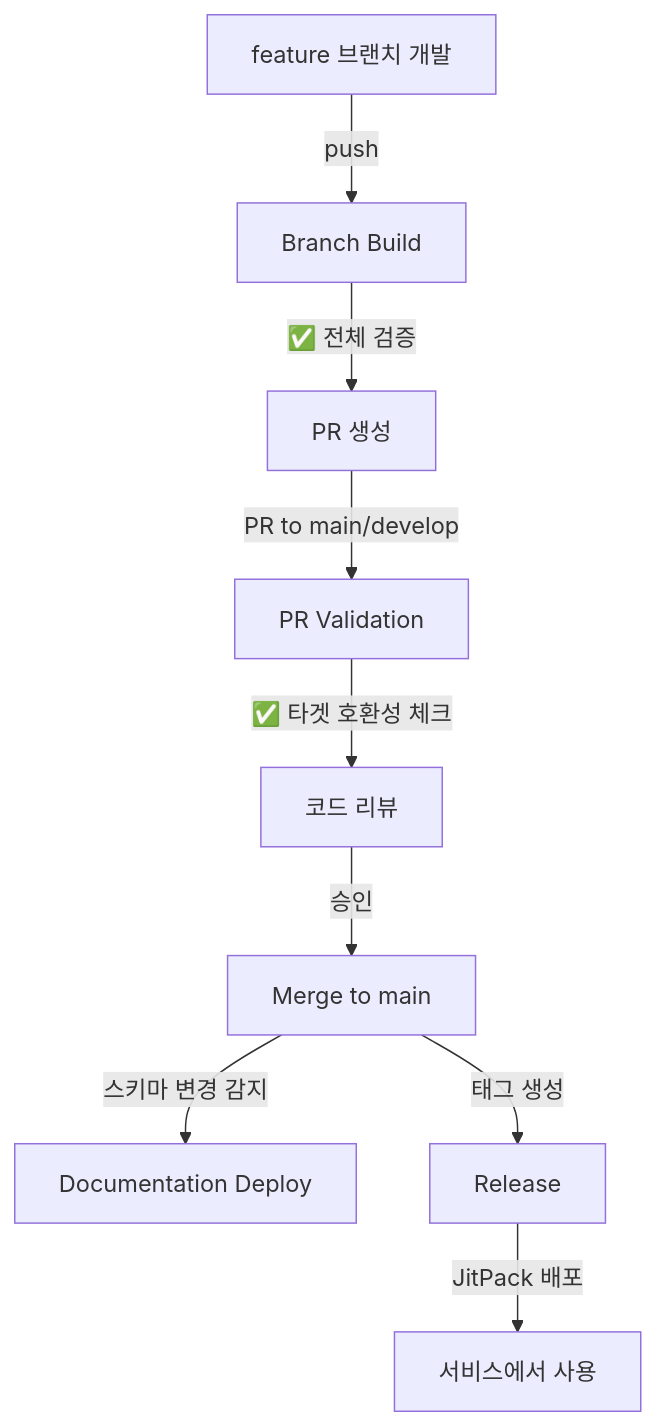
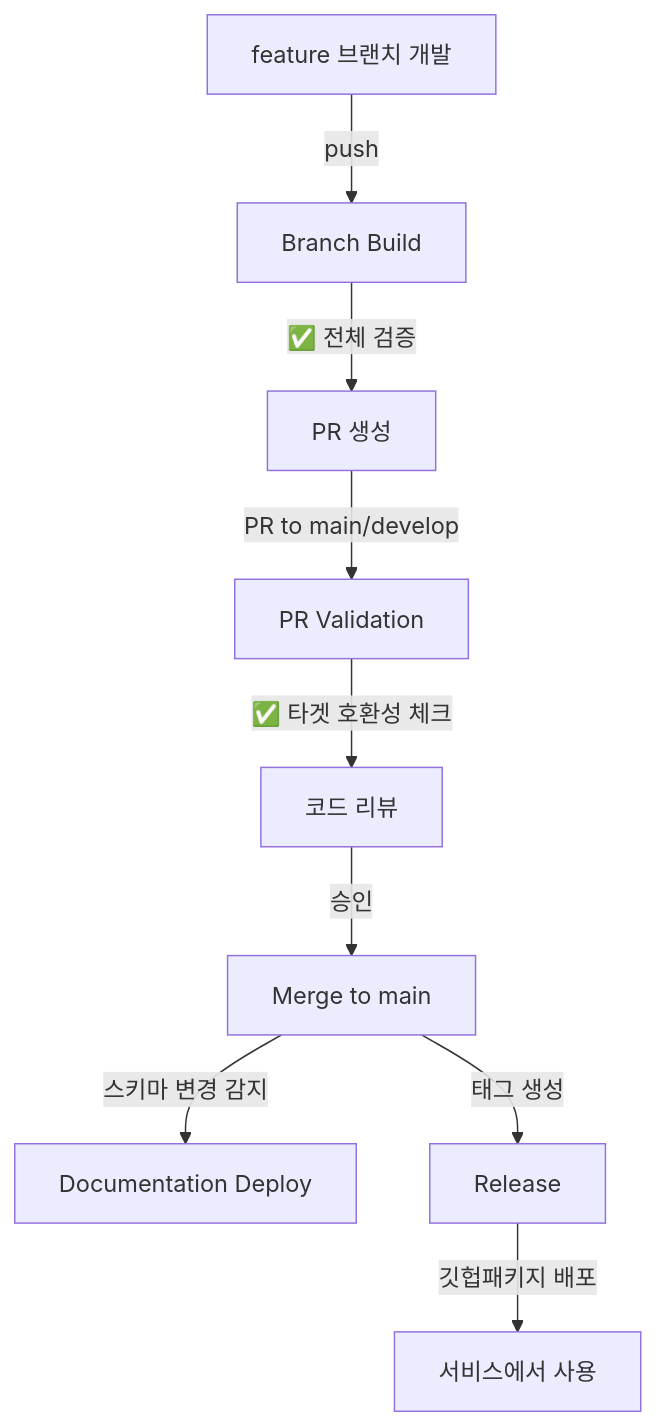
Before and after one commit to GroomC4/c4ang-contract-hub: the diagram in .github/workflows/README.md, drawn with Mermaid. The commit also changed other lines of this file and 10 other files, not shown here.

First line of the commit message:
jitpack -> github packages + adding store internal api flow (#4)

````diff
--- a/.github/workflows/README.md
+++ b/.github/workflows/README.md
@@ -223,11 +216,11 @@
 ```mermaid
 graph TD
     A[feature 브랜치 개발] -->|push| B[Branch Build]
     B -->|✅ 전체 검증| C[PR 생성]
     C -->|PR to main/develop| D[PR Validation]
     D -->|✅ 타겟 호환성 체크| E[코드 리뷰]
     E -->|승인| F[Merge to main]
     F -->|스키마 변경 감지| G[Documentation Deploy]
     F -->|태그 생성| H[Release]
-    H -->|JitPack 배포| I[서비스에서 사용]
+    H -->|깃헙패키지 배포| I[서비스에서 사용]
 ```
````
